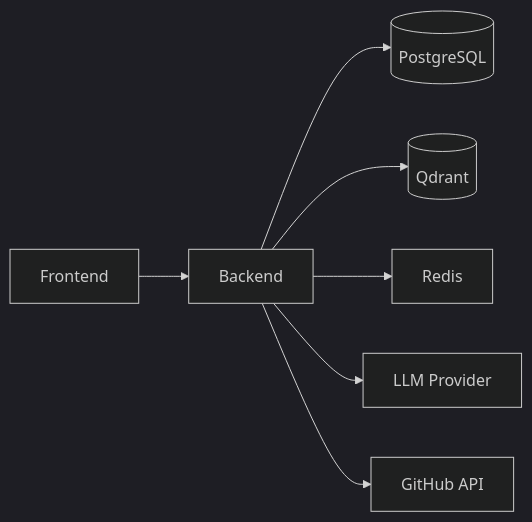
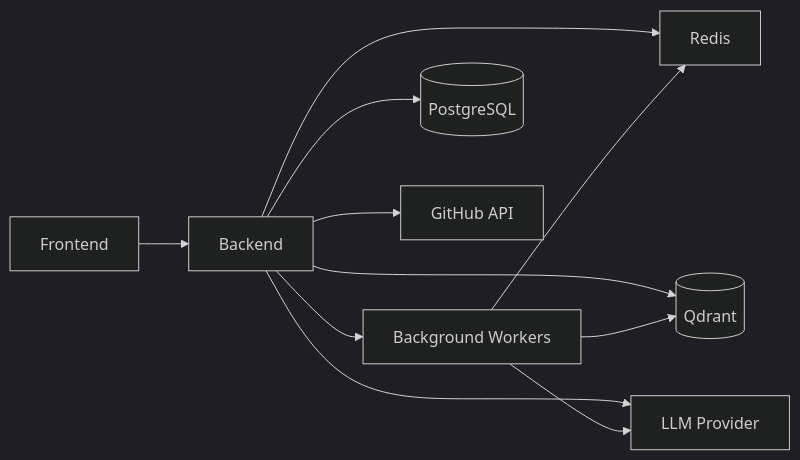
Before and after one commit to hassan689/Polonium: the eighth of 8 diagrams in README.md, drawn with Mermaid (dark theme). The commit also changed other lines of this file and 102 other files, not shown here.

First line of the commit message:
Harden backend architecture and add modular platform foundations.

````diff
--- a/README.md
+++ b/README.md
@@ -117,9 +117,13 @@
 ```mermaid
 flowchart LR
     FE[Frontend] --> BE[Backend]
+    BE --> BW[Background Workers]
     BE --> PG[(PostgreSQL)]
     BE --> VDB[(Qdrant)]
     BE --> REDIS[Redis]
     BE --> LLM[LLM Provider]
     BE --> GH[GitHub API]
+    BW --> REDIS
+    BW --> VDB
+    BW --> LLM
 ```
````
